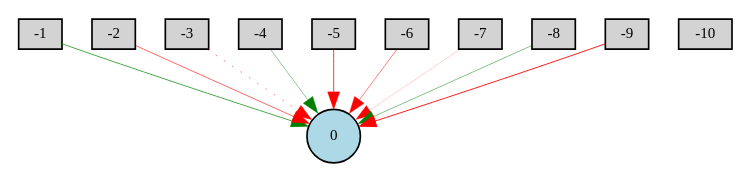
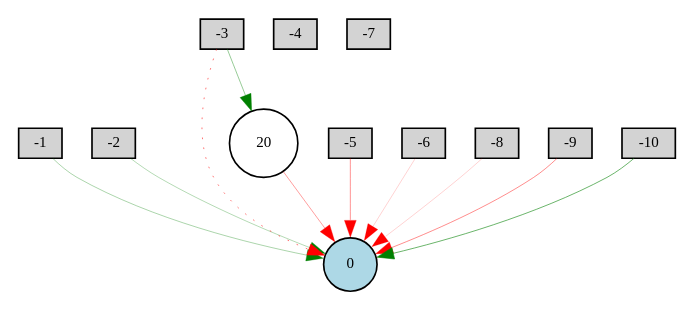
The diagram in plots/2_2_winner_network.gv (PabloHernandezUDC/ria2526), drawn with Graphviz before and after one commit. The commit also changed 17 other files, not shown here.

```diff
--- a/plots/2_2_winner_network.gv
+++ b/plots/2_2_winner_network.gv
@@ -1,23 +1,25 @@
 digraph {
 	node [fontsize=9 height=0.2 shape=circle width=0.2]
 	-1 [fillcolor=lightgray shape=box style=filled]
 	-2 [fillcolor=lightgray shape=box style=filled]
 	-3 [fillcolor=lightgray shape=box style=filled]
 	-4 [fillcolor=lightgray shape=box style=filled]
 	-5 [fillcolor=lightgray shape=box style=filled]
 	-6 [fillcolor=lightgray shape=box style=filled]
 	-7 [fillcolor=lightgray shape=box style=filled]
 	-8 [fillcolor=lightgray shape=box style=filled]
 	-9 [fillcolor=lightgray shape=box style=filled]
 	-10 [fillcolor=lightgray shape=box style=filled]
 	0 [fillcolor=lightblue style=filled]
-	-1 -> 0 [color=green penwidth=0.418864007859886 style=solid]
-	-2 -> 0 [color=red penwidth=0.3574938466279213 style=solid]
-	-3 -> 0 [color=red penwidth=0.31675979227781137 style=dotted]
-	-4 -> 0 [color=green penwidth=0.2609424870574964 style=solid]
-	-5 -> 0 [color=red penwidth=0.46286973906472073 style=solid]
-	-6 -> 0 [color=red penwidth=0.29699292557761325 style=solid]
-	-7 -> 0 [color=red penwidth=0.11105627871789486 style=solid]
-	-8 -> 0 [color=green penwidth=0.29056134359082797 style=solid]
-	-9 -> 0 [color=red penwidth=0.5271029966383934 style=solid]
+	20 [fillcolor=white style=filled]
+	-1 -> 0 [color=green penwidth=0.19878001644965598 style=solid]
+	-2 -> 0 [color=green penwidth=0.18080813847712013 style=solid]
+	-3 -> 0 [color=red penwidth=0.3288975128397245 style=dotted]
+	-6 -> 0 [color=red penwidth=0.10739857114282246 style=solid]
+	-8 -> 0 [color=red penwidth=0.10813631258856712 style=solid]
+	-9 -> 0 [color=red penwidth=0.26928933690699475 style=solid]
+	-10 -> 0 [color=green penwidth=0.34679906364154234 style=solid]
+	-3 -> 20 [color=green penwidth=0.25002719724178646 style=solid]
+	20 -> 0 [color=red penwidth=0.2253925073845172 style=solid]
+	-5 -> 0 [color=red penwidth=0.25775669521430167 style=solid]
 }
```
